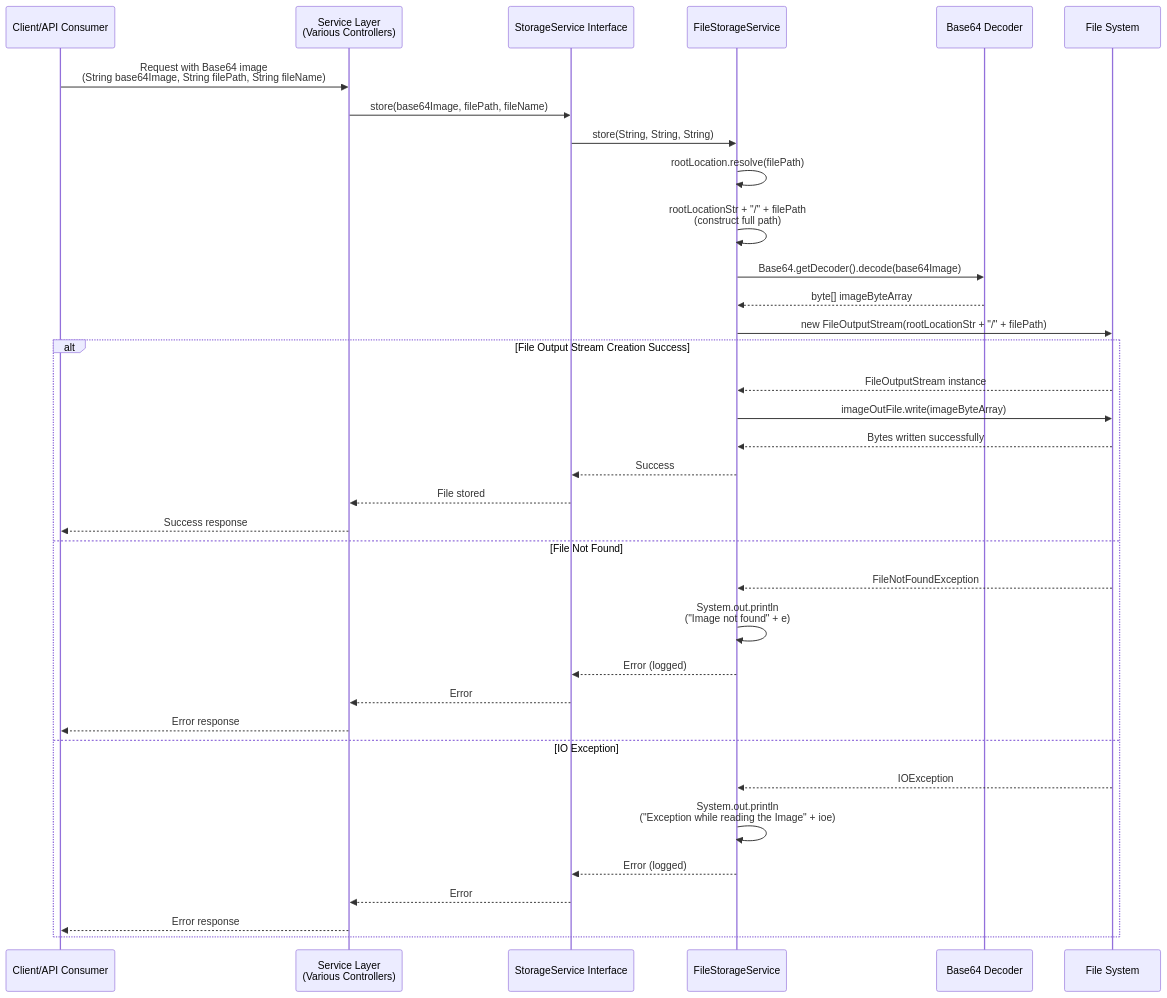
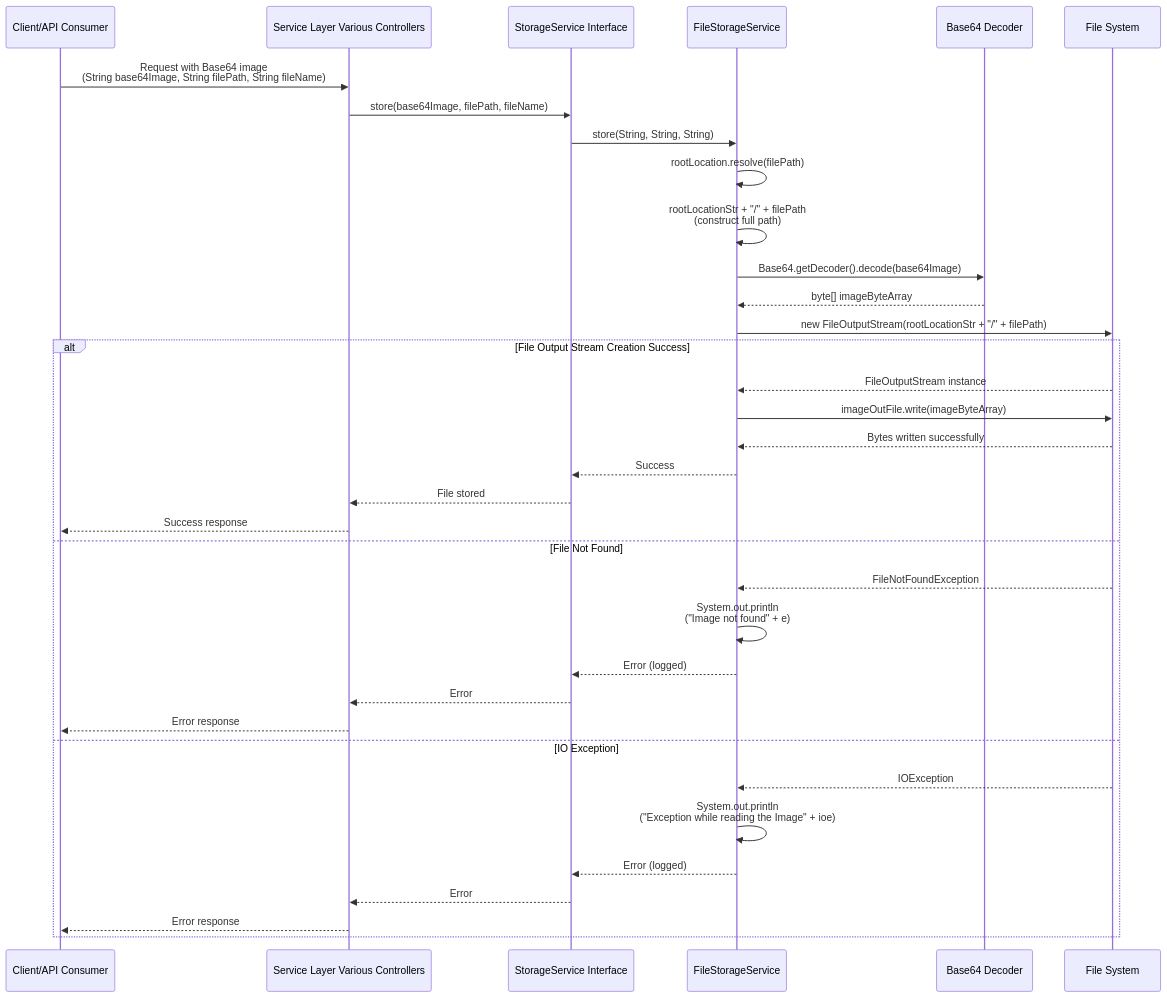
One commit to sarthak-kanungo/MyProjectITLDIS changed the third of 7 diagrams in KUBOTA/KUBOTA-BACKENED/STORAGE_MODULE_SEQUENCE_DIAGRAMS.md. Above: the diagram before and after it, drawn with Mermaid. The commit also changed other lines of this file and 41 other files, not shown here.

First line of the commit message:
Refactor sequence diagrams and improve Mermaid syntax handling

````diff
--- a/KUBOTA/KUBOTA-BACKENED/STORAGE_MODULE_SEQUENCE_DIAGRAMS.md
+++ b/KUBOTA/KUBOTA-BACKENED/STORAGE_MODULE_SEQUENCE_DIAGRAMS.md
@@ -113,42 +113,42 @@
 ```mermaid
 sequenceDiagram
     participant Client as Client/API Consumer
-    participant Service as Service Layer<br/>(Various Controllers)
+    participant Service as Service Layer Various Controllers
     participant StorageService as StorageService Interface
     participant FileStorageService as FileStorageService
     participant Base64Decoder as Base64 Decoder
     participant FileSystem as File System
 
     Client->>Service: Request with Base64 image<br/>(String base64Image, String filePath, String fileName)
     Service->>StorageService: store(base64Image, filePath, fileName)
     StorageService->>FileStorageService: store(String, String, String)
     
     FileStorageService->>FileStorageService: rootLocation.resolve(filePath)
     FileStorageService->>FileStorageService: rootLocationStr + "/" + filePath<br/>(construct full path)
     
     FileStorageService->>Base64Decoder: Base64.getDecoder().decode(base64Image)
     Base64Decoder-->>FileStorageService: byte[] imageByteArray
     
     FileStorageService->>FileSystem: new FileOutputStream(rootLocationStr + "/" + filePath)
     
     alt File Output Stream Creation Success
         FileSystem-->>FileStorageService: FileOutputStream instance
         FileStorageService->>FileSystem: imageOutFile.write(imageByteArray)
         FileSystem-->>FileStorageService: Bytes written successfully
         FileStorageService-->>StorageService: Success
         StorageService-->>Service: File stored
         Service-->>Client: Success response
     else File Not Found
         FileSystem-->>FileStorageService: FileNotFoundException
         FileStorageService->>FileStorageService: System.out.println<br/>("Image not found" + e)
         FileStorageService-->>StorageService: Error (logged)
         StorageService-->>Service: Error
         Service-->>Client: Error response
     else IO Exception
         FileSystem-->>FileStorageService: IOException
         FileStorageService->>FileStorageService: System.out.println<br/>("Exception while reading the Image" + ioe)
         FileStorageService-->>StorageService: Error (logged)
         StorageService-->>Service: Error
         Service-->>Client: Error response
     end
 ```
````
